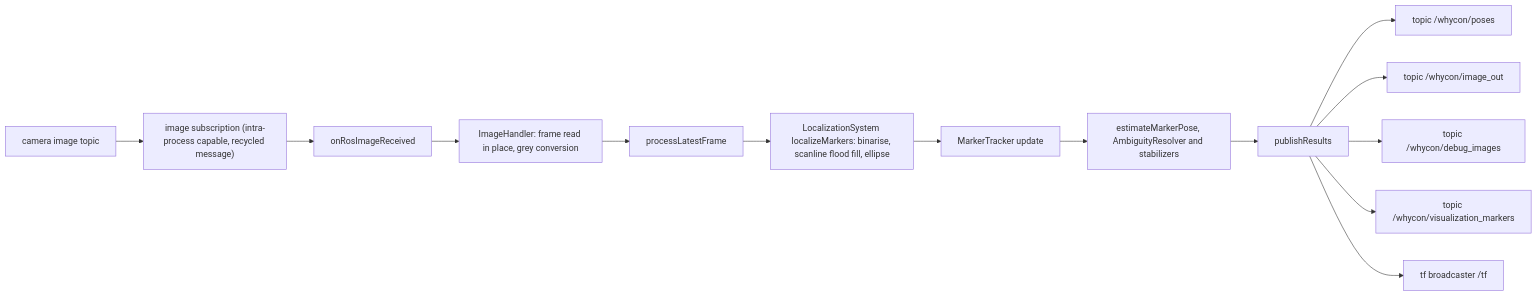
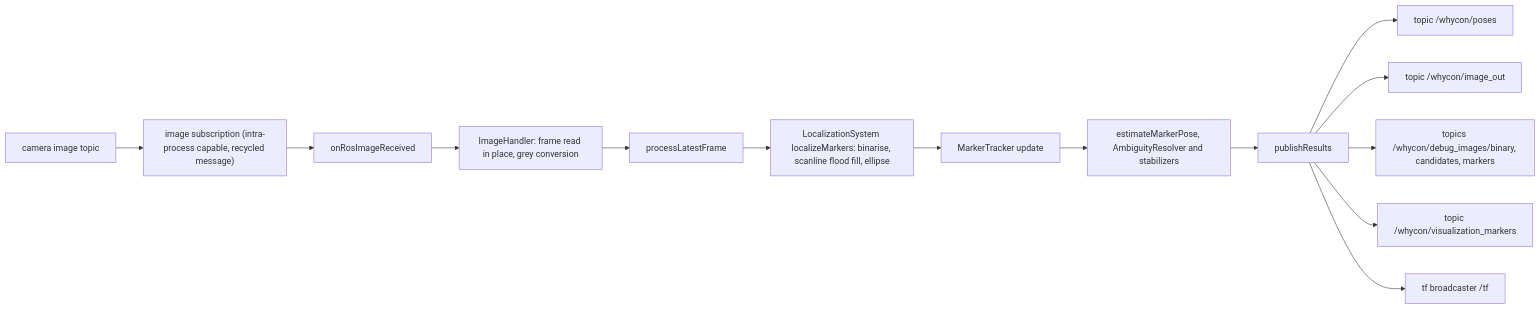
One commit to Adyansh04/whycode changed the first of 3 diagrams in docs/architecture.md. Above: the diagram before and after it, drawn with Mermaid. The commit also changed other lines of this file and 18 other files, not shown here.

First line of the commit message:
feat: replace the debug images with one topic per panel

````diff
--- a/docs/architecture.md
+++ b/docs/architecture.md
@@ -15,18 +15,18 @@
 ```mermaid
 flowchart LR
   Camera["camera image topic"] --> Sub["image subscription (intra-process capable, recycled message)"]
   Sub --> Rx["onRosImageReceived"]
   Rx --> Img["ImageHandler: frame read in place, grey conversion"]
   Img --> Core["processLatestFrame"]
 
   Core --> Detect["LocalizationSystem localizeMarkers: binarise, scanline flood fill, ellipse"]
   Detect --> Track["MarkerTracker update"]
   Track --> Pose["estimateMarkerPose, AmbiguityResolver and stabilizers"]
   Pose --> Pub["publishResults"]
 
   Pub --> T1["topic /whycon/poses"]
   Pub --> T2["topic /whycon/image_out"]
-  Pub --> T3["topic /whycon/debug_images"]
+  Pub --> T3["topics /whycon/debug_images/binary, candidates, markers"]
   Pub --> T4["topic /whycon/visualization_markers"]
   Pub --> T5["tf broadcaster /tf"]
 ```
````
